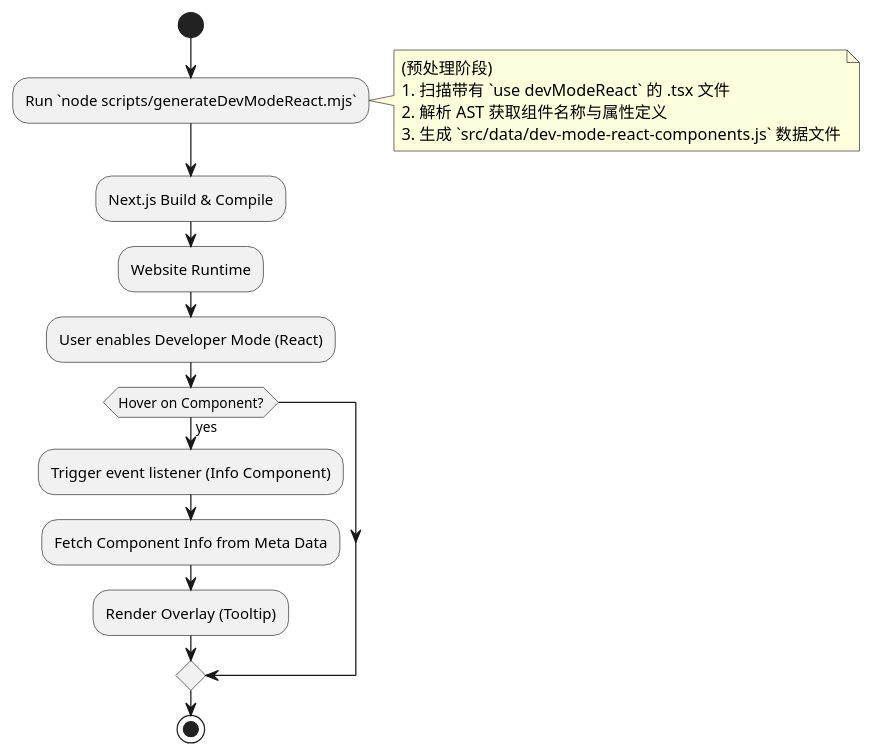
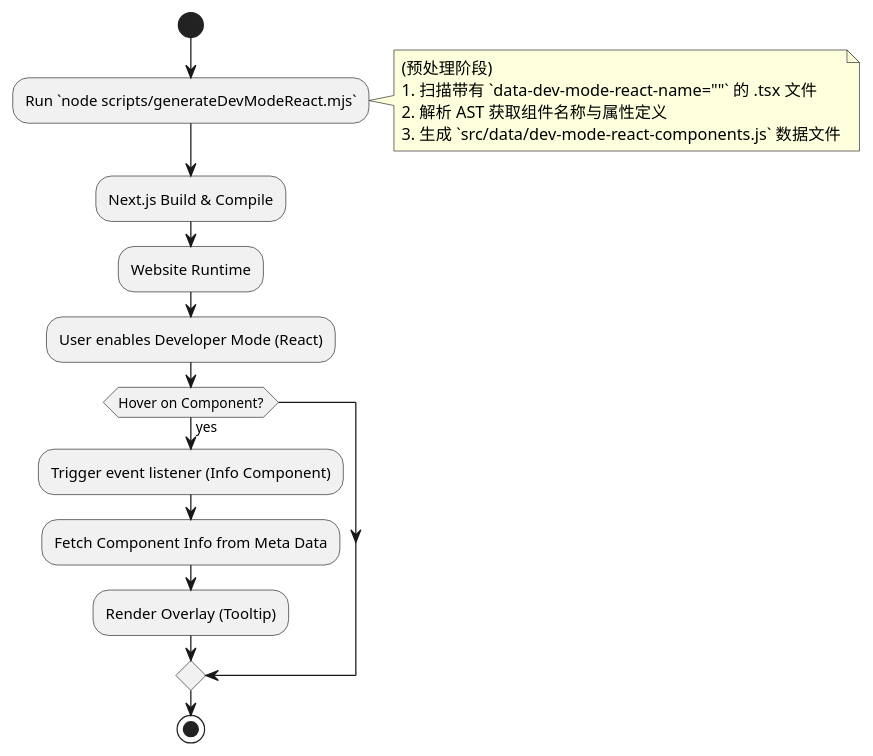
Before and after one commit to linx4200/xinran.liu: the diagram in specs/Developer Mode.md, drawn with PlantUML. The commit also changed 17 other files, not shown here.

````diff
--- a/specs/Developer Mode.md
+++ b/specs/Developer Mode.md
@@ -33,23 +33,23 @@
 ```plantuml
 @startuml
 start
 :Run `node scripts/generateDevModeReact.mjs`;
 note right
   (预处理阶段)
-  1. 扫描带有 `use devModeReact` 的 .tsx 文件
+  1. 扫描带有 `data-dev-mode-react-name=""` 的 .tsx 文件
   2. 解析 AST 获取组件名称与属性定义
   3. 生成 `src/data/dev-mode-react-components.js` 数据文件
 end note
 
 :Next.js Build & Compile;
 
 :Website Runtime;
 :User enables Developer Mode (React);
 if (Hover on Component?) then (yes)
   :Trigger event listener (Info Component);
   :Fetch Component Info from Meta Data;
   :Render Overlay (Tooltip);
 endif
 stop
 @enduml
 ```
````
